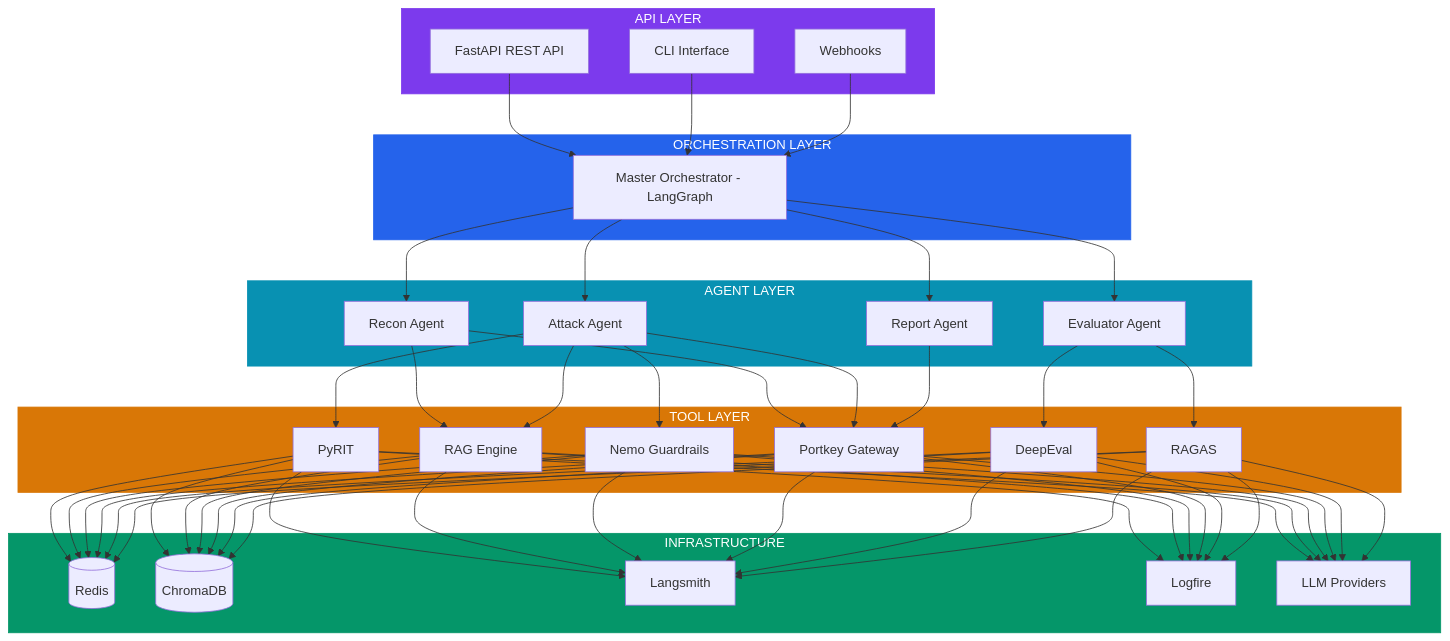
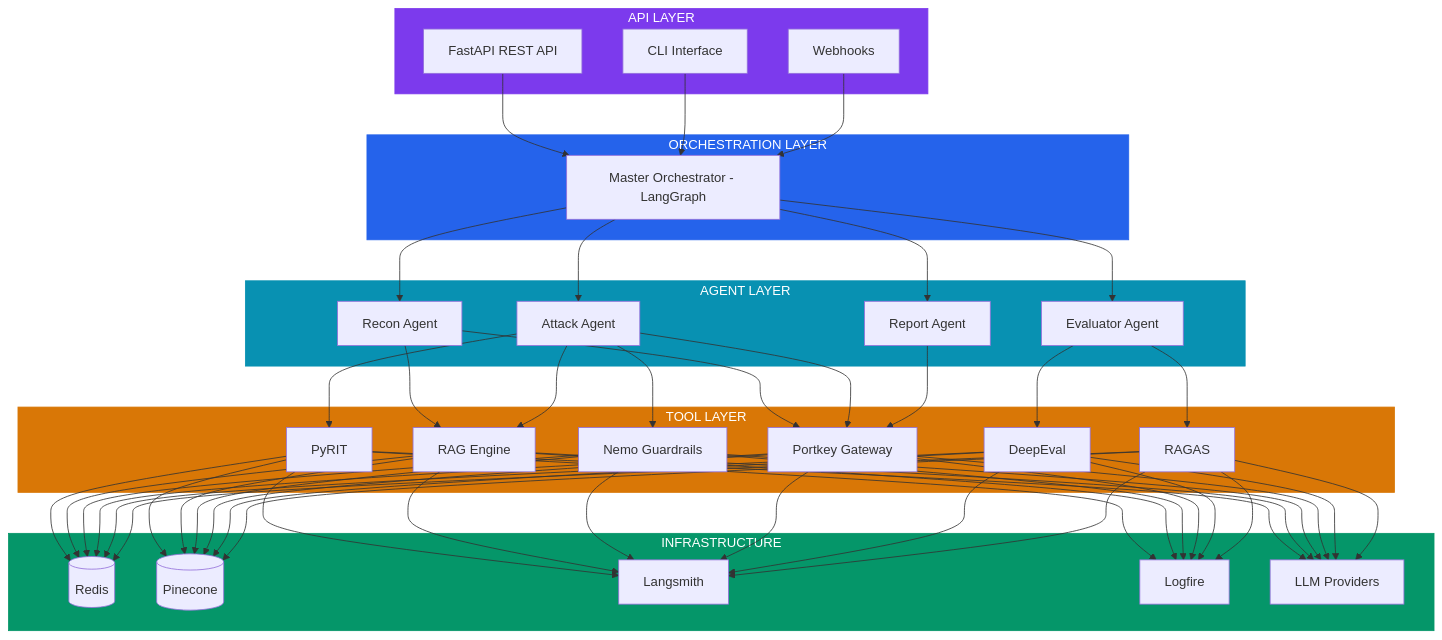
One commit to Husniahmed10/AURA changed the first of 3 diagrams in README.md. Above: the diagram before and after it, drawn with Mermaid. The commit also changed other lines of this file, not shown here.

````diff
--- a/README.md
+++ b/README.md
@@ -66,50 +66,50 @@
 ```mermaid
 graph TD
     subgraph API["API LAYER"]
         A1["FastAPI REST API"]
         A2["CLI Interface"]
         A3["Webhooks"]
     end
 
     subgraph ORCH["ORCHESTRATION LAYER"]
         O1["Master Orchestrator - LangGraph"]
     end
 
     subgraph AGENTS["AGENT LAYER"]
         AG1["Recon Agent"]
         AG2["Attack Agent"]
         AG3["Evaluator Agent"]
         AG4["Report Agent"]
     end
 
     subgraph TOOLS["TOOL LAYER"]
         T1["PyRIT"]
         T2["RAG Engine"]
         T3["Nemo Guardrails"]
         T4["Portkey Gateway"]
         T5["DeepEval"]
         T6["RAGAS"]
     end
 
     subgraph INFRA["INFRASTRUCTURE"]
         I1[("Redis")]
-        I2[("ChromaDB")]
+        I2[("Pinecone")]
         I3["Langsmith"]
         I4["Logfire"]
         I5["LLM Providers"]
     end
 
     A1 & A2 & A3 --> O1
     O1 --> AG1 & AG2 & AG3 & AG4
     AG1 --> T2 & T4
     AG2 --> T1 & T2 & T3 & T4
     AG3 --> T5 & T6
     AG4 --> T4
     T1 & T2 & T3 & T4 & T5 & T6 --> I1 & I2 & I3 & I4 & I5
 
     style API fill:#7c3aed,stroke:#7c3aed,color:#fff
     style ORCH fill:#2563eb,stroke:#2563eb,color:#fff
     style AGENTS fill:#0891b2,stroke:#0891b2,color:#fff
     style TOOLS fill:#d97706,stroke:#d97706,color:#fff
     style INFRA fill:#059669,stroke:#059669,color:#fff
 ```
````
